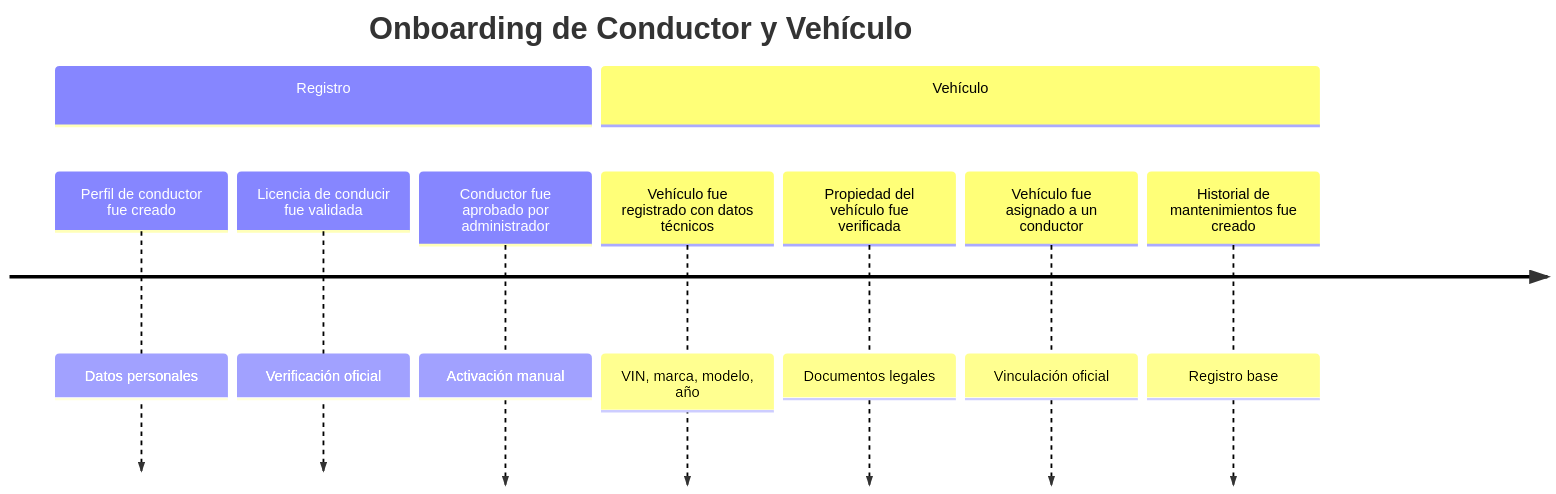
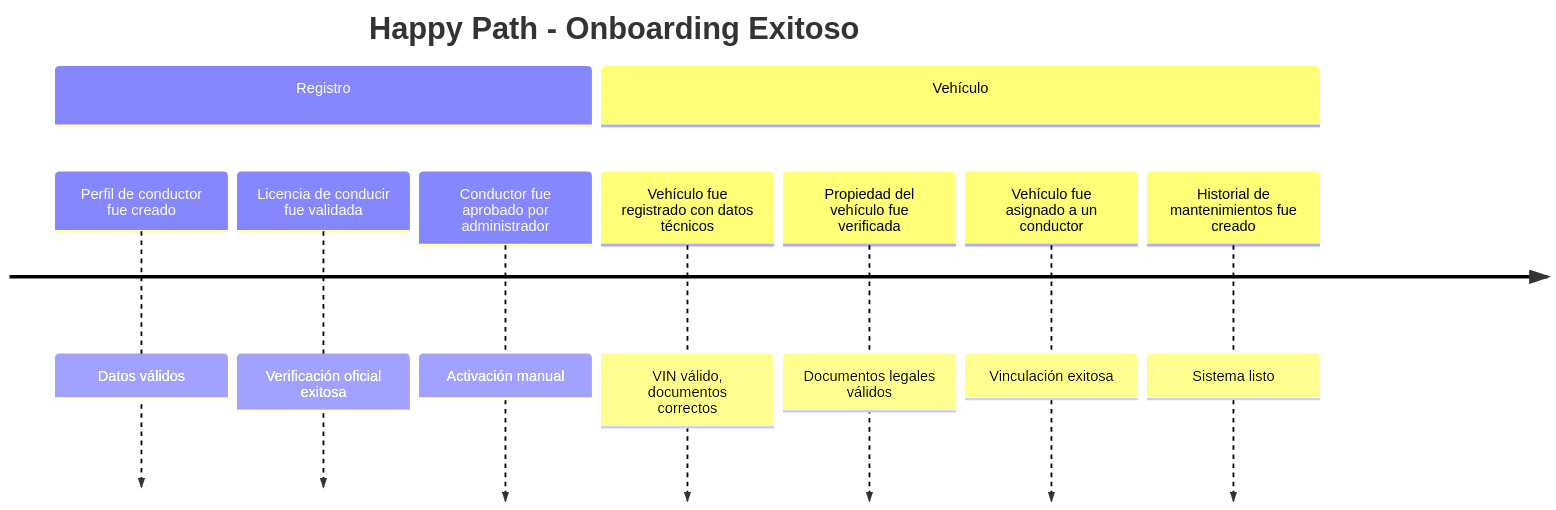
The first of 13 diagrams in eventstorming-step2-timeline-organization.md (JanoverSaldana/arbol-decisiones-tracker-mobility), drawn with Mermaid before and after one commit. The commit also changed other lines of this file, not shown here.

````diff
--- a/eventstorming-step2-timeline-organization.md
+++ b/eventstorming-step2-timeline-organization.md
@@ -15,15 +15,15 @@
 ```mermaid
 timeline
-    title Onboarding de Conductor y Vehículo
+    title Happy Path - Onboarding Exitoso
     
     section Registro
-        Perfil de conductor fue creado : Datos personales
-        Licencia de conducir fue validada : Verificación oficial
+        Perfil de conductor fue creado : Datos válidos
+        Licencia de conducir fue validada : Verificación oficial exitosa
         Conductor fue aprobado por administrador : Activación manual
         
     section Vehículo
-        Vehículo fue registrado con datos técnicos : VIN, marca, modelo, año
-        Propiedad del vehículo fue verificada : Documentos legales
-        Vehículo fue asignado a un conductor : Vinculación oficial
-        Historial de mantenimientos fue creado : Registro base
+        Vehículo fue registrado con datos técnicos : VIN válido, documentos correctos
+        Propiedad del vehículo fue verificada : Documentos legales válidos
+        Vehículo fue asignado a un conductor : Vinculación exitosa
+        Historial de mantenimientos fue creado : Sistema listo
 ```
````
